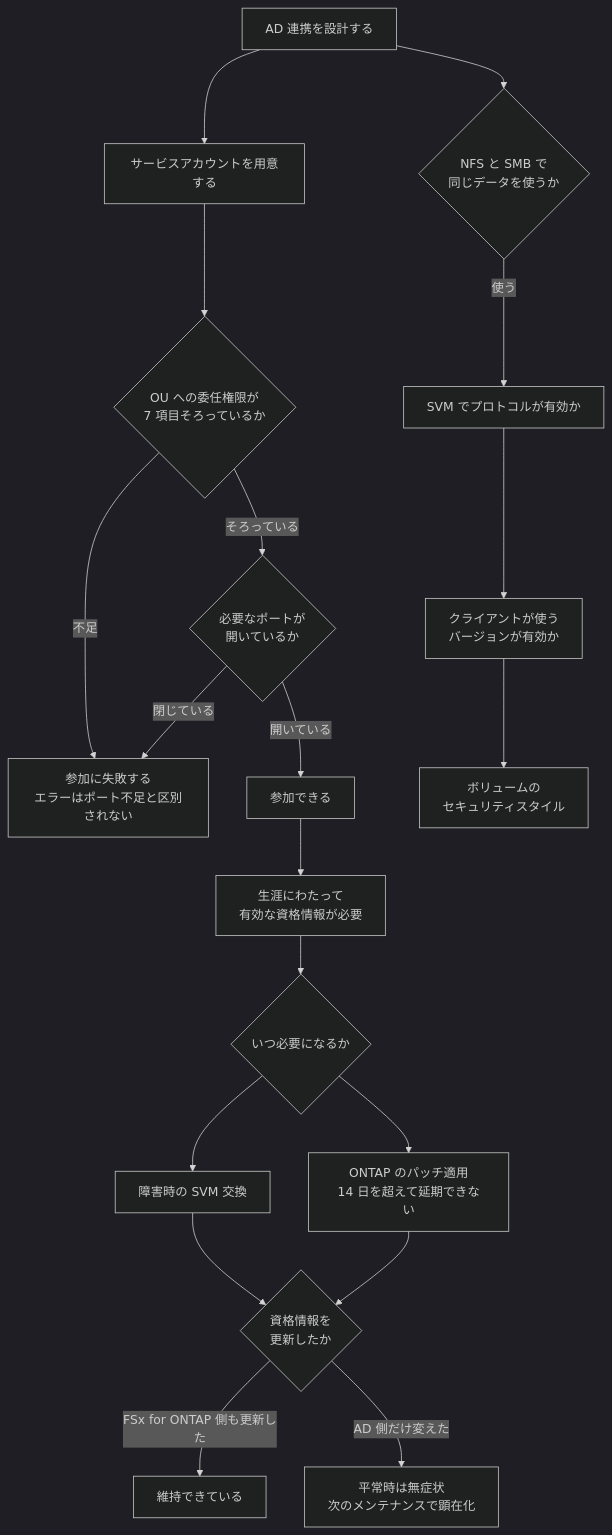
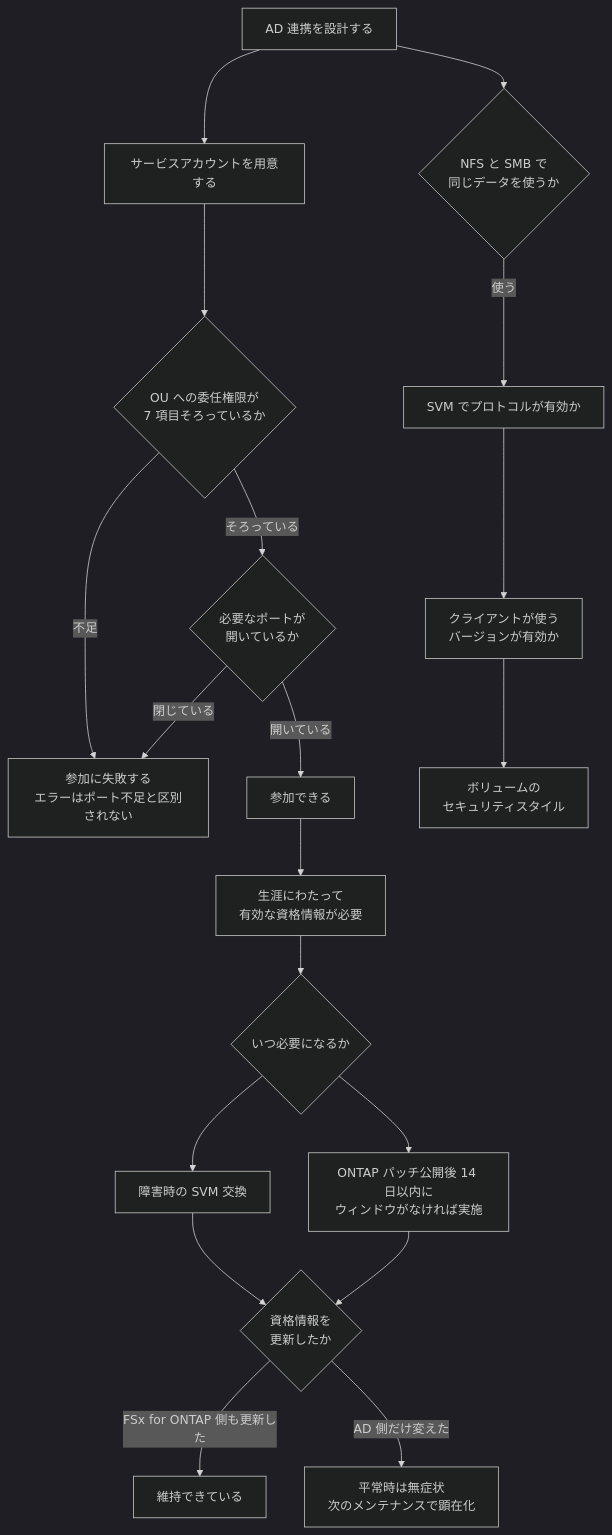
The diagram in docs/ja/domains/multiprotocol-identity/notes/ad-dependency-lasts-the-lifetime.md (Yoshiki0705/FSx-for-ONTAP-Adoption-Playbook), drawn with Mermaid (dark theme) before and after one commit. The commit also changed other lines of this file and 36 other files, not shown here.

````diff
--- a/docs/ja/domains/multiprotocol-identity/notes/ad-dependency-lasts-the-lifetime.md
+++ b/docs/ja/domains/multiprotocol-identity/notes/ad-dependency-lasts-the-lifetime.md
@@ -125,24 +125,24 @@
 ```mermaid
 graph TD
     A[AD 連携を設計する] --> SA[サービスアカウントを用意する]
     SA --> PERM{OU への委任権限が<br/>7 項目そろっているか}
     PERM -->|不足| FAIL1["参加に失敗する<br/>エラーはポート不足と区別されない"]
     PERM -->|そろっている| PORT{必要なポートが<br/>開いているか}
     PORT -->|閉じている| FAIL1
     PORT -->|開いている| JOIN[参加できる]
 
     JOIN --> LIFE["生涯にわたって<br/>有効な資格情報が必要"]
     LIFE --> WHEN{いつ必要になるか}
     WHEN --> W1[障害時の SVM 交換]
-    WHEN --> W2["ONTAP のパッチ適用<br/>14 日を超えて延期できない"]
+    WHEN --> W2["ONTAP パッチ公開後 14 日以内に<br/>ウィンドウがなければ実施"]
 
     W1 --> ROT{資格情報を<br/>更新したか}
     W2 --> ROT
     ROT -->|FSx for ONTAP 側も更新した| OK[維持できている]
     ROT -->|AD 側だけ変えた| LATENT["平常時は無症状<br/>次のメンテナンスで顕在化"]
 
     A --> DUAL{NFS と SMB で<br/>同じデータを使うか}
     DUAL -->|使う| L1[SVM でプロトコルが有効か]
     L1 --> L2[クライアントが使う<br/>バージョンが有効か]
     L2 --> L3[ボリュームの<br/>セキュリティスタイル]
 ```
````
